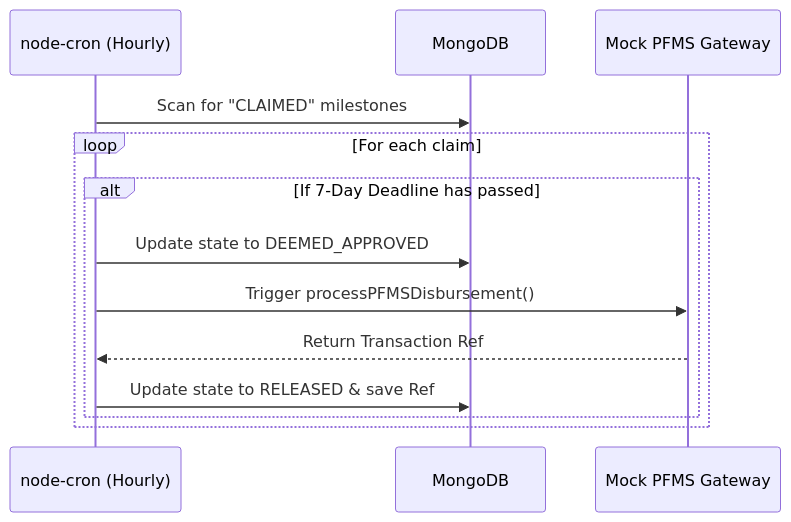
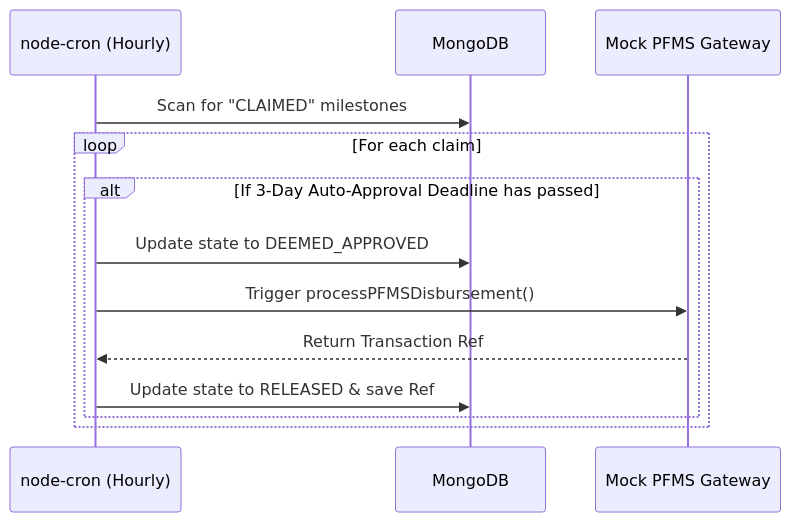
One commit to GovInnovateBridge/Backend changed the second of 2 diagrams in README.md. Above: the diagram before and after it, drawn with Mermaid. The commit also changed other lines of this file, not shown here.

````diff
--- a/README.md
+++ b/README.md
@@ -63,17 +66,17 @@
 ```mermaid
 sequenceDiagram
     participant Cron as node-cron (Hourly)
     participant DB as MongoDB
     participant PFMS as Mock PFMS Gateway
 
     Cron->>DB: Scan for "CLAIMED" milestones
     
     loop For each claim
-        alt If 7-Day Deadline has passed
+        alt If 3-Day Auto-Approval Deadline has passed
             Cron->>DB: Update state to DEEMED_APPROVED
             Cron->>PFMS: Trigger processPFMSDisbursement()
             PFMS-->>Cron: Return Transaction Ref
             Cron->>DB: Update state to RELEASED & save Ref
         end
     end
 ```
````
